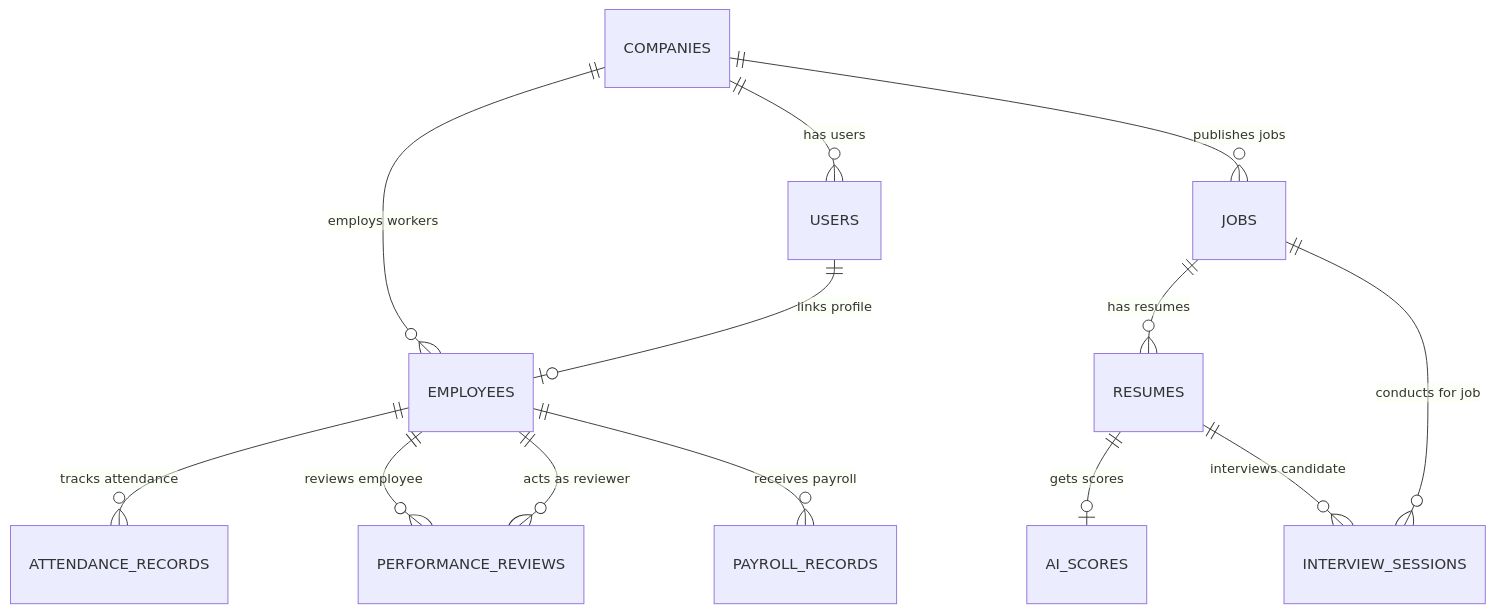
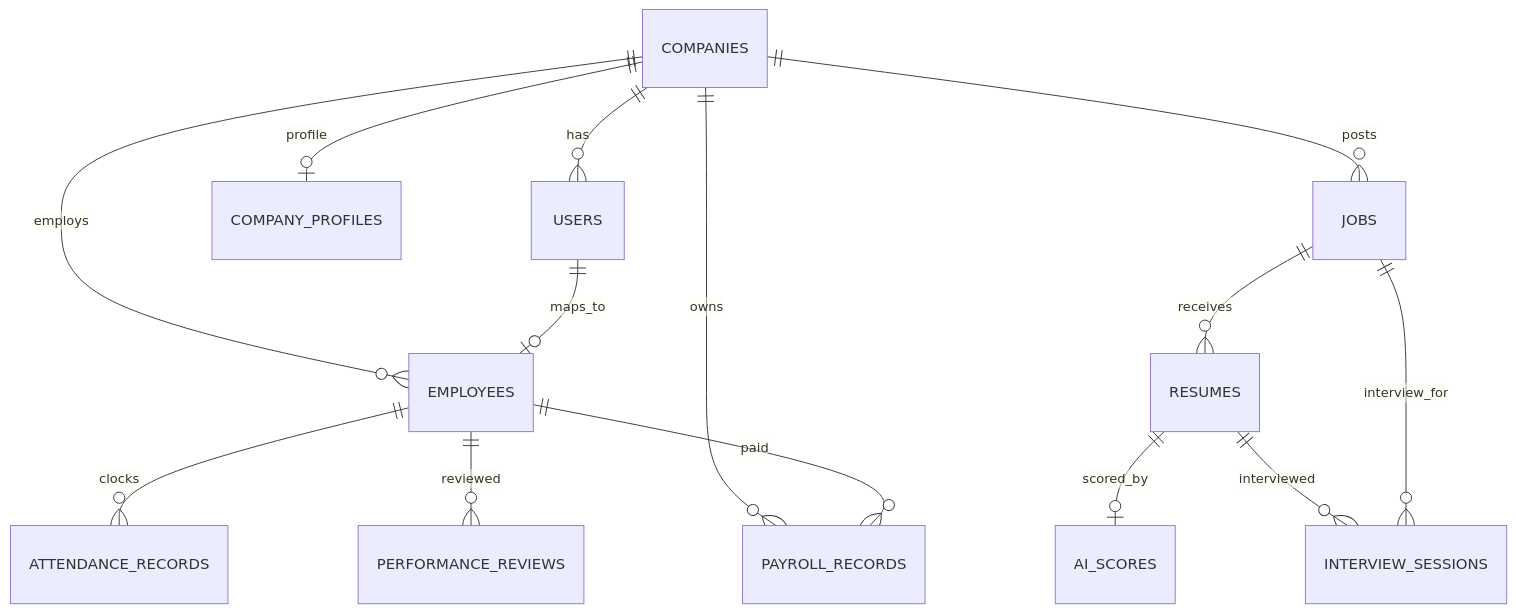
Before and after one commit to pranavvenu12/ai-hiring-os: the diagram in docs/BACKEND_SCHEMA.md, drawn with Mermaid. The commit also changed other lines of this file and 12 other files, not shown here.

````diff
--- a/docs/BACKEND_SCHEMA.md
+++ b/docs/BACKEND_SCHEMA.md
@@ -9,19 +21,16 @@
 ```mermaid
 erDiagram
-    COMPANIES ||--o{ USERS : "has users"
-    COMPANIES ||--o{ JOBS : "publishes jobs"
-    COMPANIES ||--o{ EMPLOYEES : "employs workers"
-    
-    USERS ||--o| EMPLOYEES : "links profile"
-    
-    EMPLOYEES ||--o{ ATTENDANCE_RECORDS : "tracks attendance"
-    EMPLOYEES ||--o{ PERFORMANCE_REVIEWS : "reviews employee"
-    EMPLOYEES ||--o{ PERFORMANCE_REVIEWS : "acts as reviewer"
-    EMPLOYEES ||--o{ PAYROLL_RECORDS : "receives payroll"
-    
-    JOBS ||--o{ RESUMES : "has resumes"
-    RESUMES ||--o| AI_SCORES : "gets scores"
-    
-    RESUMES ||--o{ INTERVIEW_SESSIONS : "interviews candidate"
-    JOBS ||--o{ INTERVIEW_SESSIONS : "conducts for job"
+    COMPANIES ||--o{ USERS : has
+    COMPANIES ||--o| COMPANY_PROFILES : profile
+    COMPANIES ||--o{ JOBS : posts
+    COMPANIES ||--o{ EMPLOYEES : employs
+    COMPANIES ||--o{ PAYROLL_RECORDS : owns
+    USERS ||--o| EMPLOYEES : maps_to
+    JOBS ||--o{ RESUMES : receives
+    RESUMES ||--o| AI_SCORES : scored_by
+    RESUMES ||--o{ INTERVIEW_SESSIONS : interviewed
+    JOBS ||--o{ INTERVIEW_SESSIONS : interview_for
+    EMPLOYEES ||--o{ ATTENDANCE_RECORDS : clocks
+    EMPLOYEES ||--o{ PERFORMANCE_REVIEWS : reviewed
+    EMPLOYEES ||--o{ PAYROLL_RECORDS : paid
 ```
````
